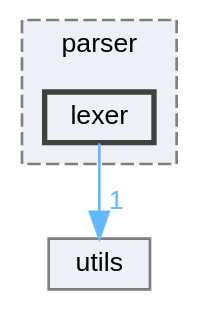
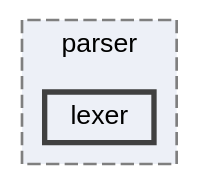
Before and after one commit to kejunp/kejunp.github.io: the diagram in pebbl/docs/dir_7a43006265ec3b3dc577f500dd09a803_dep.dot, drawn with Graphviz. The commit also changed 37 other files, not shown here.

```diff
--- a/pebbl/docs/dir_7a43006265ec3b3dc577f500dd09a803_dep.dot
+++ b/pebbl/docs/dir_7a43006265ec3b3dc577f500dd09a803_dep.dot
@@ -1,14 +1,12 @@
 digraph "src/parser/lexer"
 {
  // LATEX_PDF_SIZE
   bgcolor="transparent";
   edge [fontname=Helvetica,fontsize=10,labelfontname=Helvetica,labelfontsize=10];
   node [fontname=Helvetica,fontsize=10,shape=box,height=0.2,width=0.4];
   compound=true
   subgraph clusterdir_6cd8491d143eb218b70983dbdb3c58bc {
     graph [ bgcolor="#edf0f7", pencolor="grey50", label="parser", fontname=Helvetica,fontsize=10 style="filled,dashed", URL="dir_6cd8491d143eb218b70983dbdb3c58bc.html",tooltip=""]
   dir_7a43006265ec3b3dc577f500dd09a803 [label="lexer", fillcolor="#edf0f7", color="grey25", style="filled,bold", URL="dir_7a43006265ec3b3dc577f500dd09a803.html",tooltip=""];
   }
-  dir_313caf1132e152dd9b58bea13a4052ca [label="utils", fillcolor="#edf0f7", color="grey50", style="filled", URL="dir_313caf1132e152dd9b58bea13a4052ca.html",tooltip=""];
-  dir_7a43006265ec3b3dc577f500dd09a803->dir_313caf1132e152dd9b58bea13a4052ca [headlabel="1", labeldistance=1.5 headhref="dir_000001_000004.html" href="dir_000001_000004.html" color="steelblue1" fontcolor="steelblue1"];
 }
```
